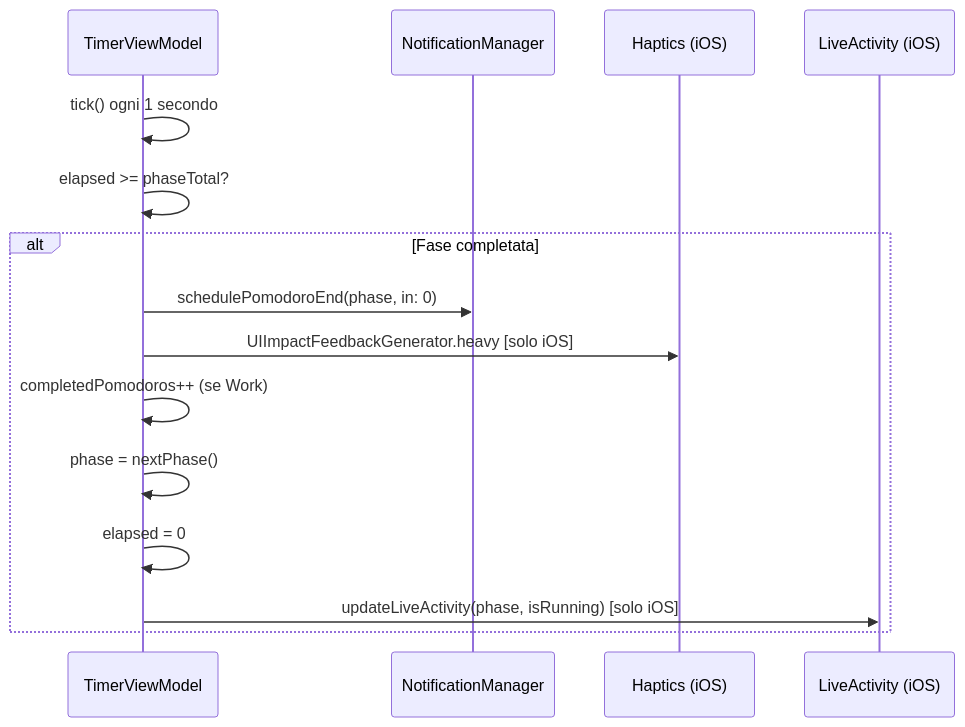
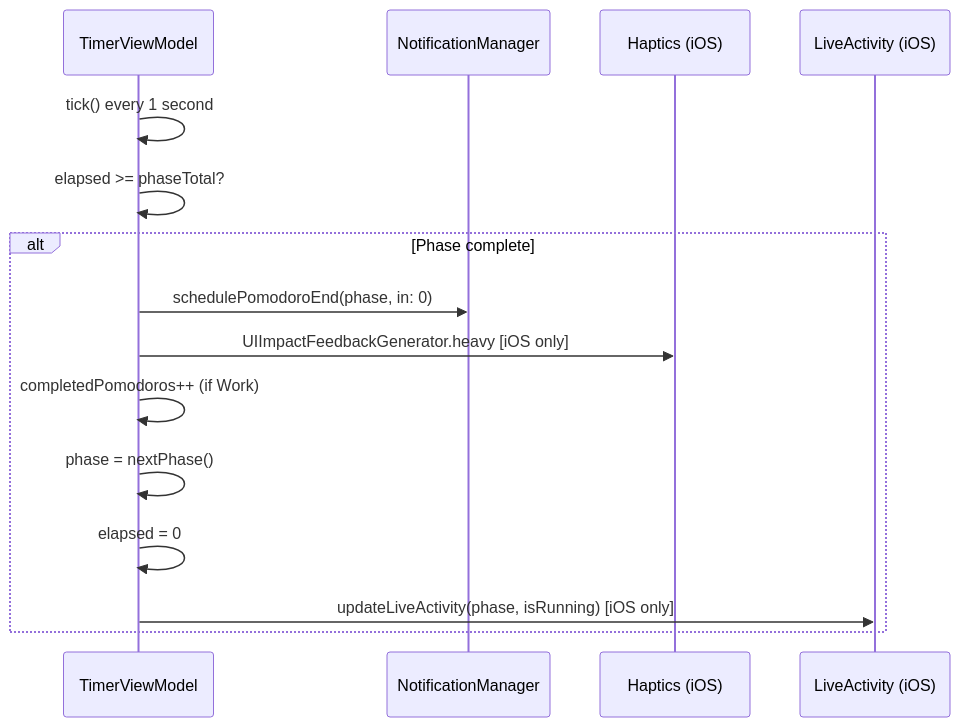
One commit to albertobarrago/timelog changed the sixth of 10 diagrams in docs/03-flussi.md. Above: the diagram before and after it, drawn with Mermaid. The commit also changed other lines of this file and 12 other files, not shown here.

````diff
--- a/docs/03-flussi.md
+++ b/docs/03-flussi.md
@@ -156,19 +156,19 @@
 ```mermaid
 sequenceDiagram
     participant T as TimerViewModel
     participant NM as NotificationManager
     participant H as Haptics (iOS)
     participant LA as LiveActivity (iOS)
 
-    T->>T: tick() ogni 1 secondo
+    T->>T: tick() every 1 second
     T->>T: elapsed >= phaseTotal?
 
-    alt Fase completata
+    alt Phase complete
         T->>NM: schedulePomodoroEnd(phase, in: 0)
-        T->>H: UIImpactFeedbackGenerator.heavy [solo iOS]
-        T->>T: completedPomodoros++ (se Work)
+        T->>H: UIImpactFeedbackGenerator.heavy [iOS only]
+        T->>T: completedPomodoros++ (if Work)
         T->>T: phase = nextPhase()
         T->>T: elapsed = 0
-        T->>LA: updateLiveActivity(phase, isRunning) [solo iOS]
+        T->>LA: updateLiveActivity(phase, isRunning) [iOS only]
     end
 ```
````
